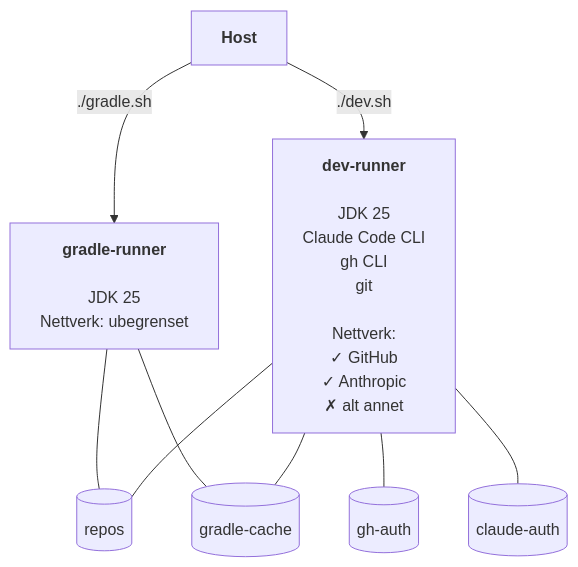
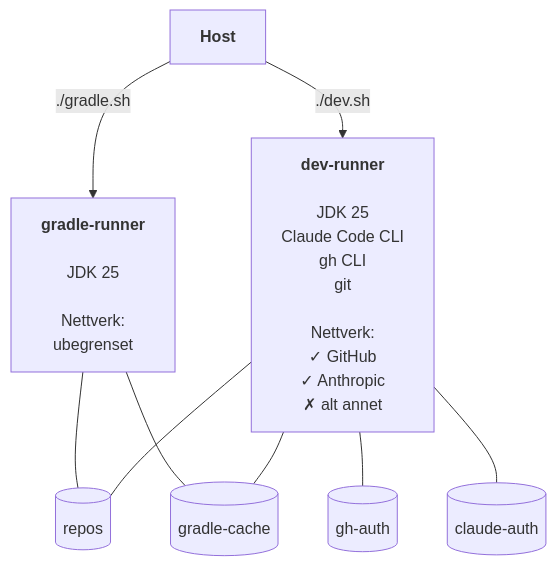
One commit to bekk/agentic-ai-tools changed the diagram in alpine25-gradle-claude/README.md. Above: the diagram before and after it, drawn with Mermaid.

Commit message:
Fix formatting in README.md for mermaid graph

````diff
--- a/alpine25-gradle-claude/README.md
+++ b/alpine25-gradle-claude/README.md
@@ -69,14 +69,14 @@
 ```mermaid
 graph TD
     host["<b>Host</b>"]
 
-    host -->|"./dev.sh"| dev["<b>dev-runner</b><br/><br/>JDK 25<br/>Claude Code CLI<br/>gh CLI<br/>git<br/><br/>Nettverk:<br/>  ✓ GitHub<br/>  ✓ Anthropic<br/>  ✗ alt annet"]
-    host -->|"./gradle.sh"| gradle["<b>gradle-runner</b><br/><br/>JDK 25<br/>Nettverk: ubegrenset"]
+    host -->|"./dev.sh"| dev["<b>dev-runner</b><br/><br/>JDK 25<br/>Claude Code CLI<br/>gh CLI<br/>git<br/><br/>Nettverk:<br/>✓ GitHub<br/>✓ Anthropic<br/>✗ alt annet"]
+    host -->|"./gradle.sh"| gradle["<b>gradle-runner</b><br/><br/>JDK 25<br/><br/>Nettverk:<br/>ubegrenset"]
 
     gradle --- repos
     gradle --- gcache
     dev --- repos[("repos")]
     dev --- gcache[("gradle-cache")]
     dev --- ghauth[("gh-auth")]
     dev --- clauth[("claude-auth")]
 ```
````
